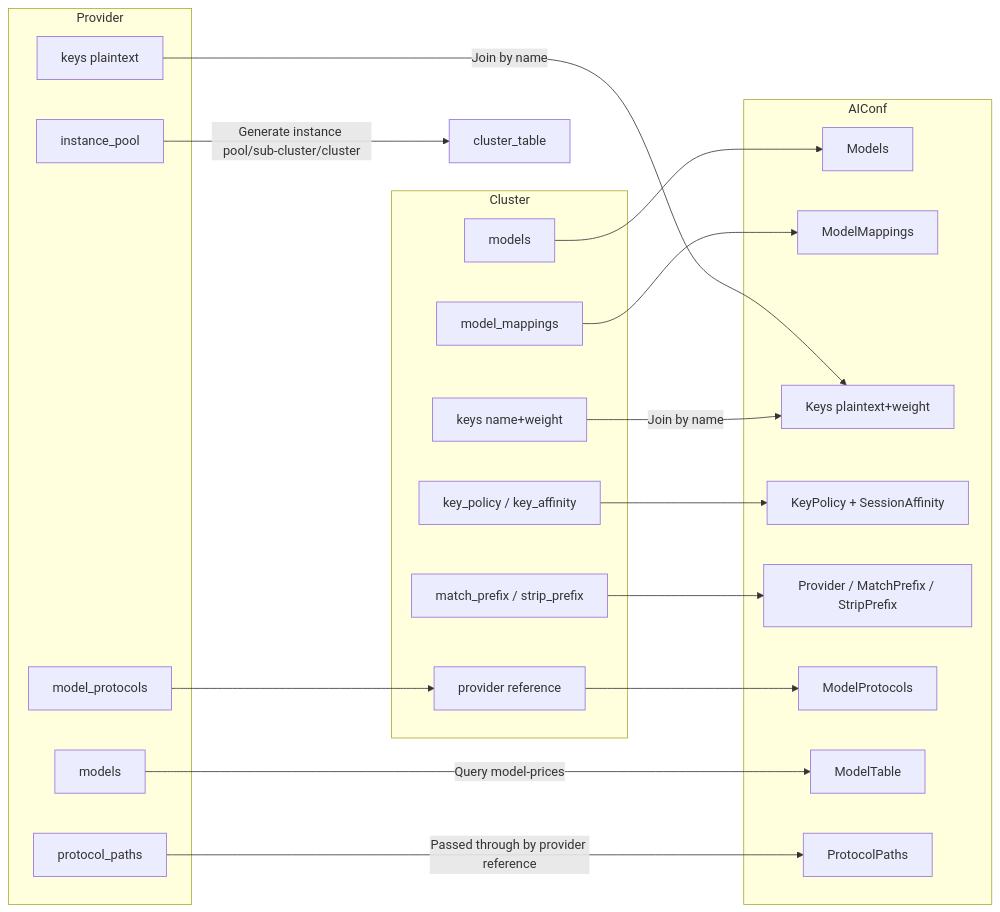
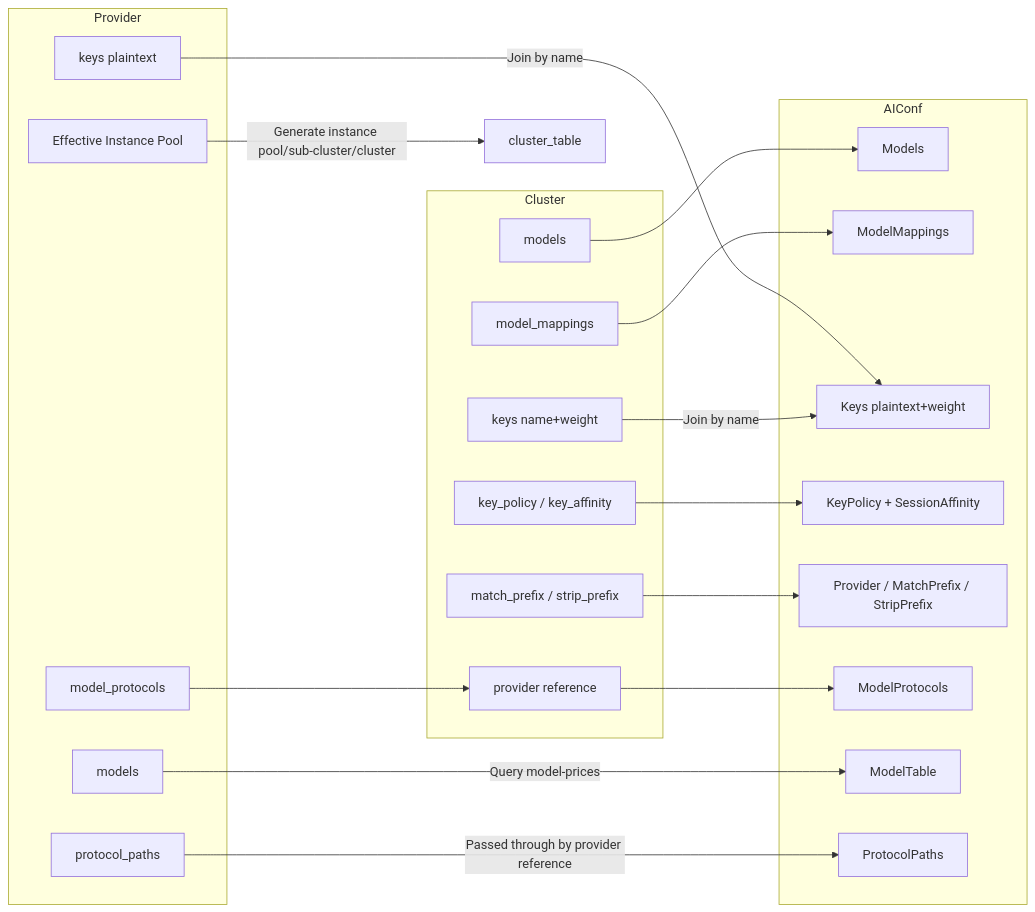
Before and after one commit to mileszhang2016/rainway-book: the second of 2 diagrams in en_us/design/chapter10-provider-and-cluster.md, drawn with Mermaid. The commit also changed other lines of this file and 47 other files, not shown here.

````diff
--- a/en_us/design/chapter10-provider-and-cluster.md
+++ b/en_us/design/chapter10-provider-and-cluster.md
@@ -221,38 +266,38 @@
 ```mermaid
 flowchart LR
     subgraph Provider
-        P1[instance_pool]
+        P1[Effective Instance Pool]
         P2[keys plaintext]
         P3[model_protocols]
         P4[models]
         P5[protocol_paths]
     end
     subgraph Cluster
         C1[models]
         C2[model_mappings]
         C3[keys name+weight]
         C4[key_policy / key_affinity]
         C5[match_prefix / strip_prefix]
         C6[provider reference]
     end
     subgraph AIConf
         A1[Models]
         A2[ModelMappings]
         A3[Keys plaintext+weight]
         A4[KeyPolicy + SessionAffinity]
         A5[Provider / MatchPrefix / StripPrefix]
         A6[ModelProtocols]
         A7[ModelTable]
         A8[ProtocolPaths]
     end
     P1 -->|Generate instance pool/sub-cluster/cluster| CT[cluster_table]
     P2 -->|Join by name| A3
     C3 -->|Join by name| A3
     P3 --> C6 --> A6
     P5 -->|Passed through by provider reference| A8
     C1 --> A1
     C2 --> A2
     C4 --> A4
     C5 --> A5
     P4 -->|Query model-prices| A7
 ```
````
